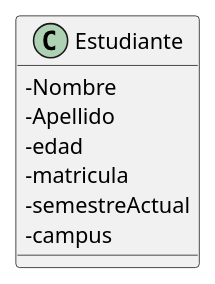
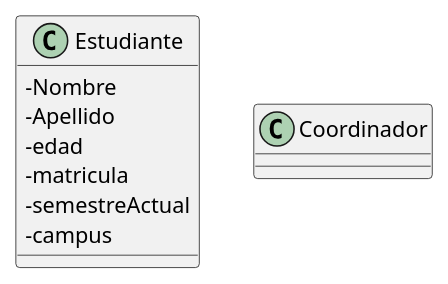
Before and after one commit to facund015/codeRelatedObsidianNotes: the diagram in Reto/Base de datos.md, drawn with PlantUML. The commit also changed 1 other file, not shown here.

Commit message:
vault backup: 2021-10-12 12:01:00

````diff
--- a/Reto/Base de datos.md
+++ b/Reto/Base de datos.md
@@ -2,14 +2,18 @@
 ```plantuml
 @startuml
 skinparam classAttributeIconSize 0
 class Estudiante {
- -Nombre
- -Apellido
- -edad
- -matricula
- -semestreActual
- -campus
+	-Nombre
+	-Apellido
+	-edad
+	-matricula
+	-semestreActual
+	-campus
+}
+
+class Coordinador {
+	
 }
 
 @enduml
 ```
````
